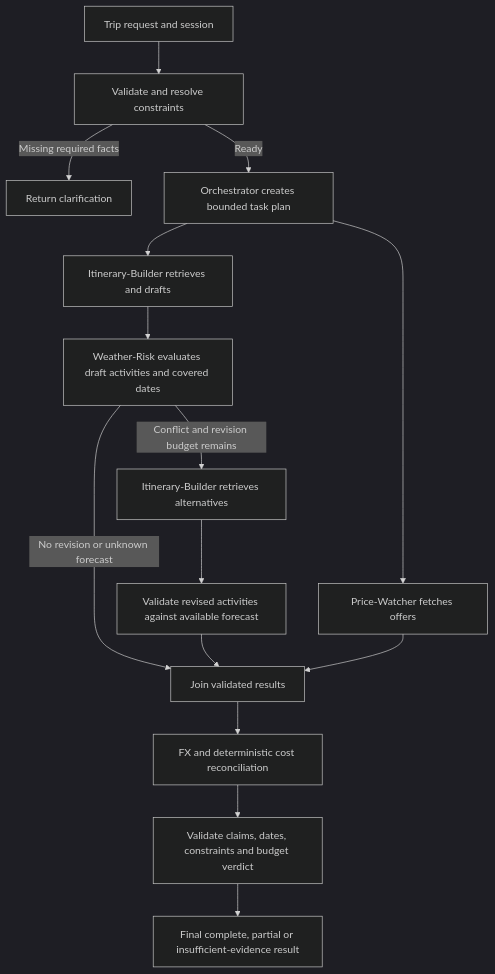
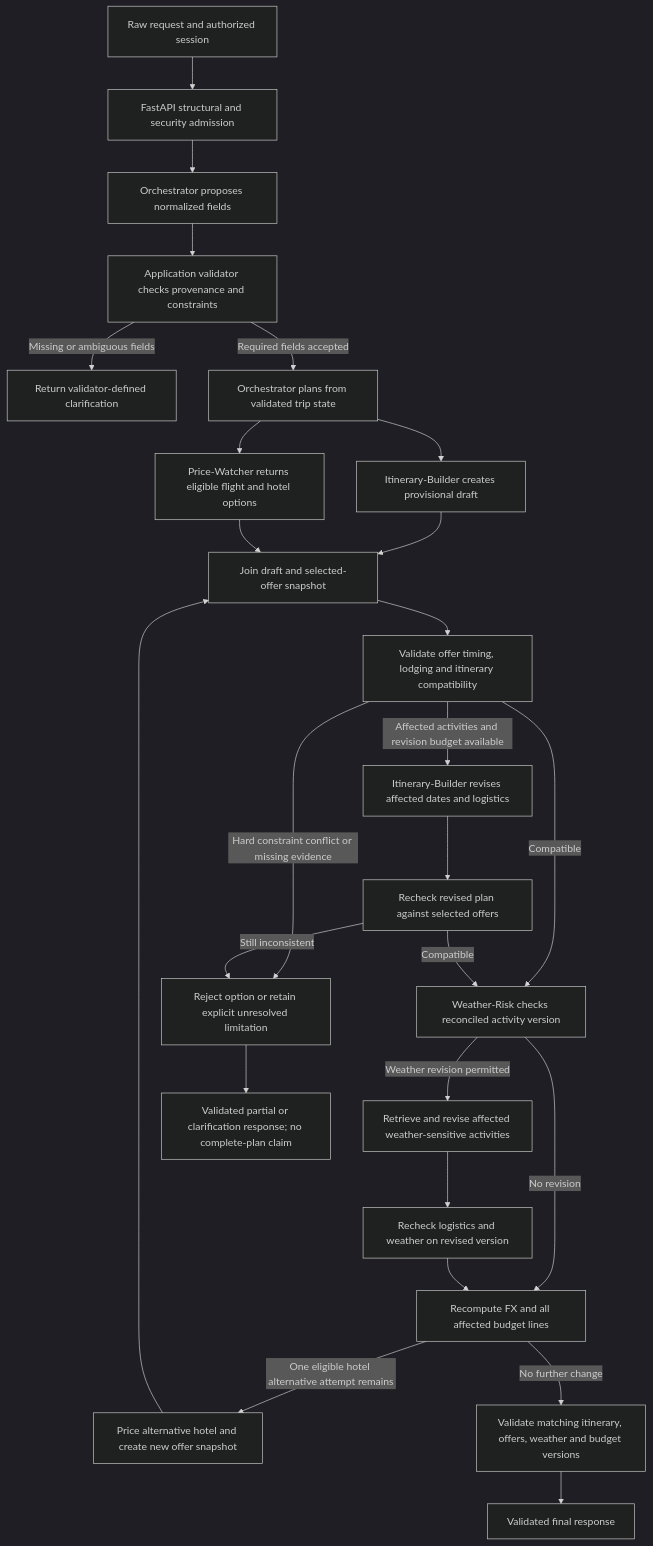
One commit to KabilanSubramaniam27/AgenticAI_MAI-Final-Project changed the third of 5 diagrams in prompts/DeepAgentsImplementation.md. Above: the diagram before and after it, drawn with Mermaid (dark theme). The commit also changed other lines of this file and 362 other files, not shown here.

````diff
--- a/prompts/DeepAgentsImplementation.md
+++ b/prompts/DeepAgentsImplementation.md
@@ -210,17 +421,28 @@
 ```mermaid
 flowchart TD
-    A[Trip request and session] --> B[Validate and resolve constraints]
-    B -->|Missing required facts| C[Return clarification]
-    B -->|Ready| D[Orchestrator creates bounded task plan]
-    D --> I[Itinerary-Builder retrieves and drafts]
-    D --> P[Price-Watcher fetches offers]
-    I --> W[Weather-Risk evaluates draft activities and covered dates]
-    W -->|Conflict and revision budget remains| R[Itinerary-Builder retrieves alternatives]
-    R --> V[Validate revised activities against available forecast]
-    W -->|No revision or unknown forecast| J[Join validated results]
-    V --> J
+    A[Raw request and authorized session] --> B[FastAPI structural and security admission]
+    B --> X[Orchestrator proposes normalized fields]
+    X --> Q[Application validator checks provenance and constraints]
+    Q -->|Missing or ambiguous fields| C[Return validator-defined clarification]
+    Q -->|Required fields accepted| D[Orchestrator plans from validated trip state]
+    D --> I[Itinerary-Builder creates provisional draft]
+    D --> P[Price-Watcher returns eligible flight and hotel options]
+    I --> J[Join draft and selected-offer snapshot]
     P --> J
-    J --> F[FX and deterministic cost reconciliation]
-    F --> G[Validate claims, dates, constraints and budget verdict]
-    G --> H[Final complete, partial or insufficient-evidence result]
+    J --> L[Validate offer timing, lodging and itinerary compatibility]
+    L -->|Hard constraint conflict or missing evidence| U[Reject option or retain explicit unresolved limitation]
+    L -->|Affected activities and revision budget available| R[Itinerary-Builder revises affected dates and logistics]
+    L -->|Compatible| W[Weather-Risk checks reconciled activity version]
+    R --> L2[Recheck revised plan against selected offers]
+    L2 -->|Compatible| W
+    L2 -->|Still inconsistent| U
+    W -->|Weather revision permitted| WR[Retrieve and revise affected weather-sensitive activities]
+    WR --> V[Recheck logistics and weather on revised version]
+    W -->|No revision| F[Recompute FX and all affected budget lines]
+    V --> F
+    F -->|One eligible hotel alternative attempt remains| H[Price alternative hotel and create new offer snapshot]
+    H --> J
+    F -->|No further change| G[Validate matching itinerary, offers, weather and budget versions]
+    U --> T[Validated partial or clarification response; no complete-plan claim]
+    G --> T2[Validated final response]
 ```
````
